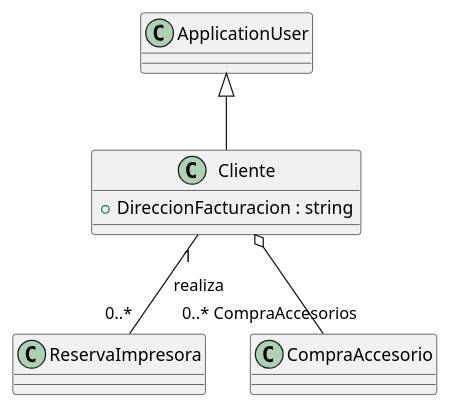
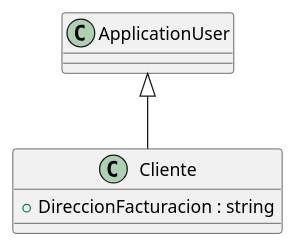
The diagram in src/AppForSEII.API/ClassDiagram/Cliente.puml (ISIIA2627DAKOI9SE/ISIIA2627DAKOI9SE), drawn with PlantUML before and after one commit. The commit also changed 3 other files, not shown here.

```diff
--- a/src/AppForSEII.API/ClassDiagram/Cliente.puml
+++ b/src/AppForSEII.API/ClassDiagram/Cliente.puml
@@ -1,12 +1,12 @@
 @startuml
 
 class Cliente {
     + DireccionFacturacion : string
 }
 
 ApplicationUser <|-- Cliente
 
-Cliente "1" -- "0..*" ReservaImpresora : realiza
-Cliente o-- "0..* CompraAccesorios" "CompraAccesorio"
+
+
 
 @enduml
```
